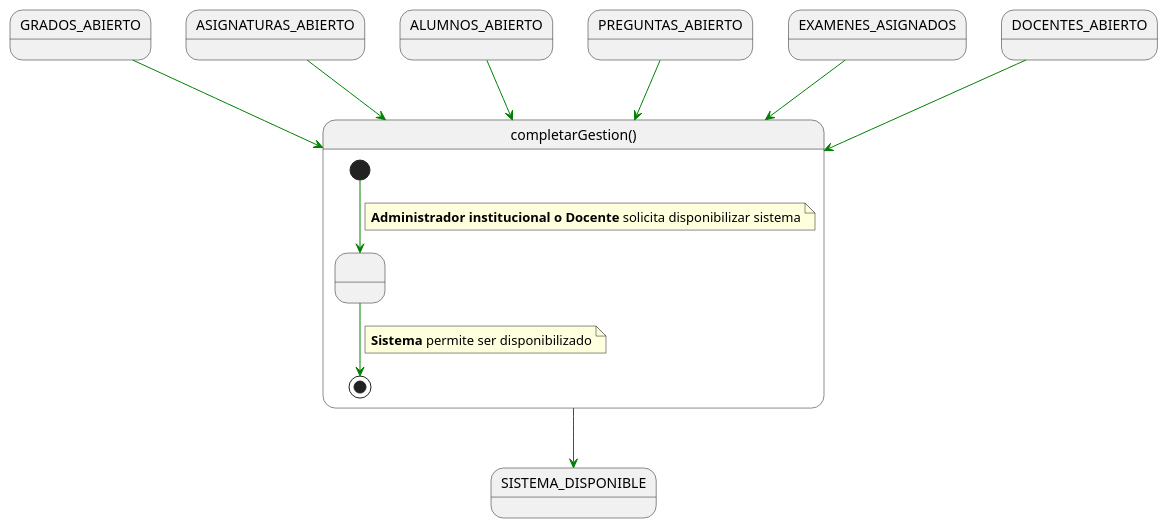
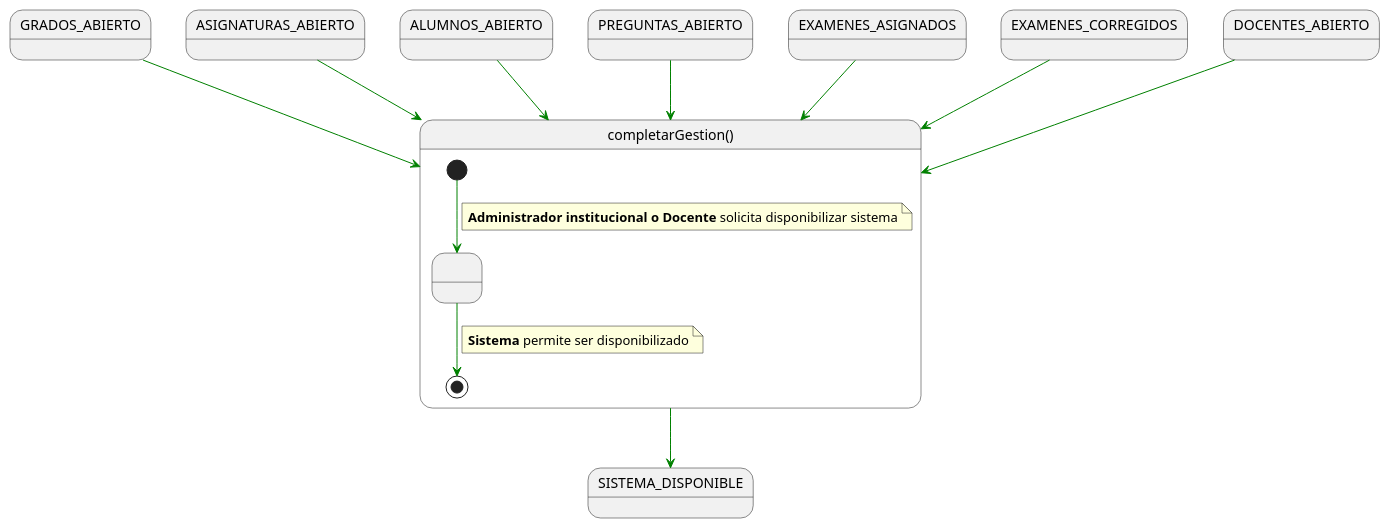
One commit to martinlopez7/25-26-IdSw1-SdR changed the diagram in documents/casos-de-uso/detalladoCasosDeUso/completarGestion/completarGestion.puml. Above: the diagram before and after it, drawn with PlantUML. The commit also changed 25 other files, not shown here.

```diff
--- a/documents/casos-de-uso/detalladoCasosDeUso/completarGestion/completarGestion.puml
+++ b/documents/casos-de-uso/detalladoCasosDeUso/completarGestion/completarGestion.puml
@@ -1,34 +1,36 @@
 @startuml completarGestion
 skinparam linetype polyline
 
 state completarGestion as "completarGestion()" {
 
     state " " as PresentandoOpciones
 
     [*] -[#green]-> PresentandoOpciones 
     note on link
     <b>Administrador institucional o Docente</b> solicita disponibilizar sistema
     end note
     
     PresentandoOpciones -[#green]-> [*]
     note on link
     <b>Sistema</b> permite ser disponibilizado
     end note
 }
 
 
 GRADOS_ABIERTO -[#green]->  completarGestion 
 
 ASIGNATURAS_ABIERTO -[#green]->  completarGestion 
 
 ALUMNOS_ABIERTO -[#green]-> completarGestion  
 
 PREGUNTAS_ABIERTO -[#green]-> completarGestion 
 
 EXAMENES_ASIGNADOS-[#green]-> completarGestion 
 
+EXAMENES_CORREGIDOS -[#green]-> completarGestion 
+
 DOCENTES_ABIERTO -[#green]-> completarGestion 
 
 completarGestion -[#green]-> SISTEMA_DISPONIBLE
 
 @enduml
```
